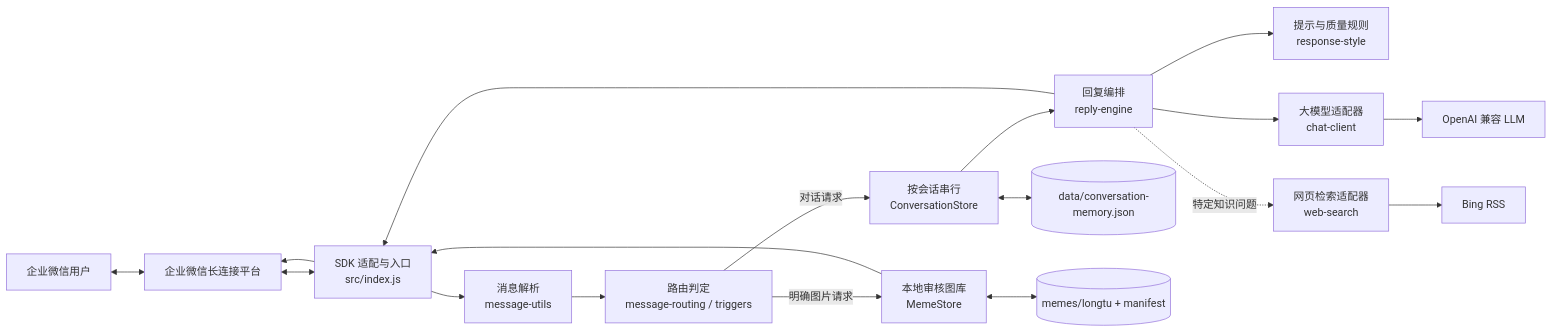
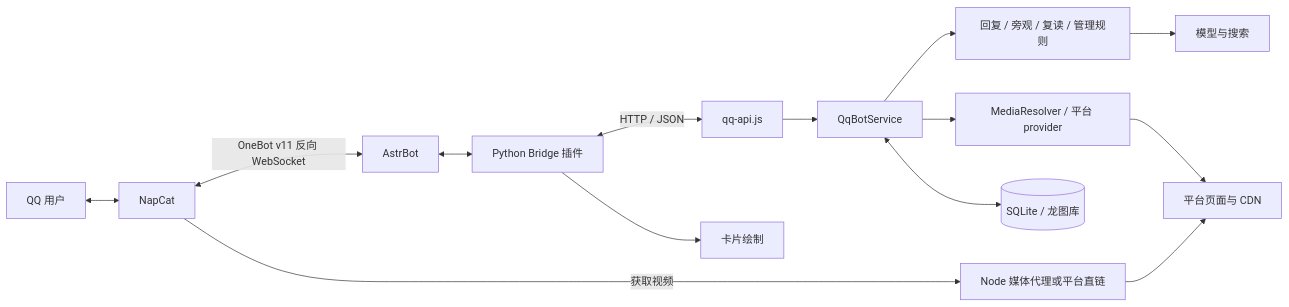
One commit to Sakamoto18/wecom-meme-bot changed the first of 3 diagrams in docs/node-service-architecture-and-learning-guide.md. Above: the diagram before and after it, drawn with Mermaid. The commit also changed other lines of this file and 3 other files, not shown here.

````diff
--- a/docs/node-service-architecture-and-learning-guide.md
+++ b/docs/node-service-architecture-and-learning-guide.md
@@ -53,23 +38,16 @@
 ```mermaid
 flowchart LR
-    U[企业微信用户] <--> W[企业微信长连接平台]
-    W <--> A[SDK 适配与入口<br/>src/index.js]
-
-    A --> B[消息解析<br/>message-utils]
-    B --> C[路由判定<br/>message-routing / triggers]
-
-    C -->|明确图片请求| D[本地审核图库<br/>MemeStore]
-    C -->|对话请求| E[按会话串行<br/>ConversationStore]
-    E --> F[回复编排<br/>reply-engine]
-    F --> G[提示与质量规则<br/>response-style]
-    F --> H[大模型适配器<br/>chat-client]
-    F -.特定知识问题.-> I[网页检索适配器<br/>web-search]
-
-    H --> L[OpenAI 兼容 LLM]
-    I --> S[Bing RSS]
-    E <--> P[(data/conversation-memory.json)]
-    D <--> M[(memes/longtu + manifest)]
-    D --> A
-    F --> A
-    A --> W
+    Q[QQ 用户] <--> N[NapCat]
+    N <-->|OneBot v11 反向 WebSocket| A[AstrBot]
+    A <--> P[Python Bridge 插件]
+    P <-->|HTTP / JSON| H[qq-api.js]
+    H --> S[QqBotService]
+    S --> R[回复 / 旁观 / 复读 / 管理规则]
+    R --> L[模型与搜索]
+    S --> V[MediaResolver / 平台 provider]
+    V --> C[平台页面与 CDN]
+    S <--> D[(SQLite / 龙图库)]
+    P --> I[卡片绘制]
+    N -->|获取视频| M[Node 媒体代理或平台直链]
+    M --> C
 ```
````
